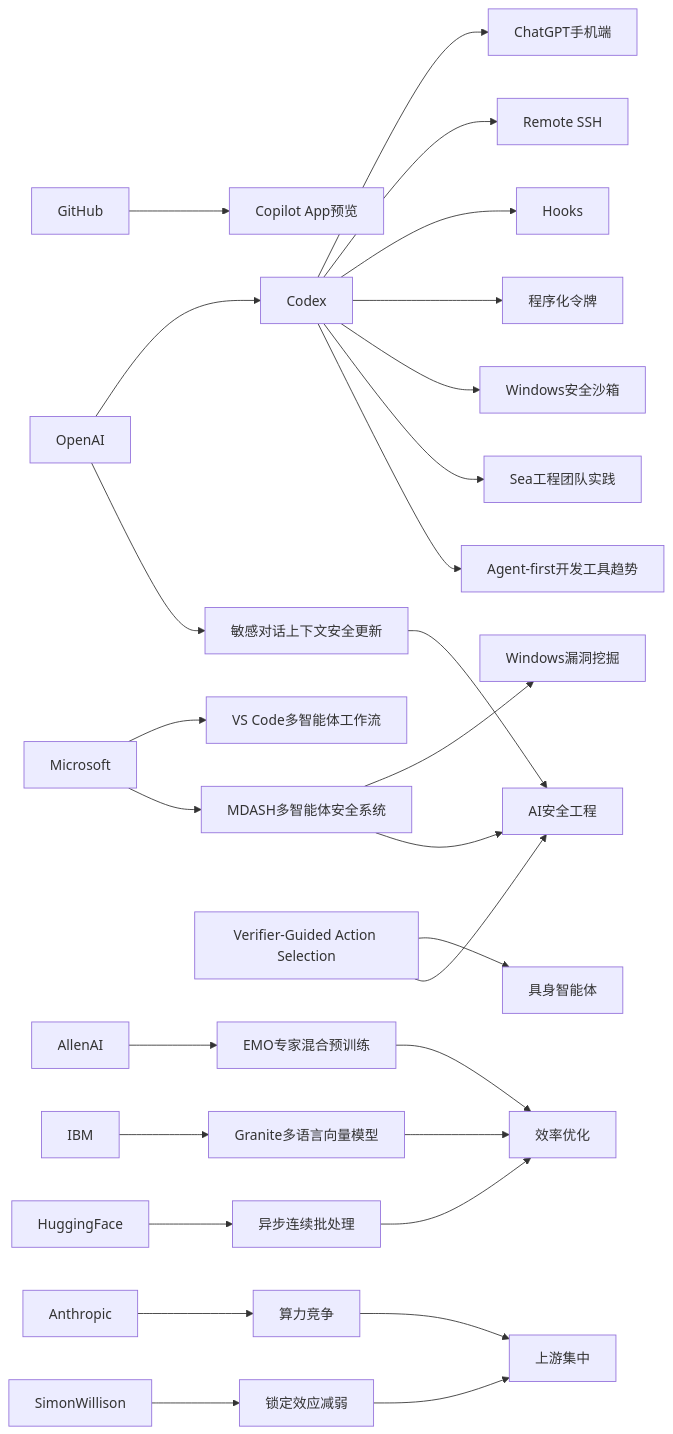
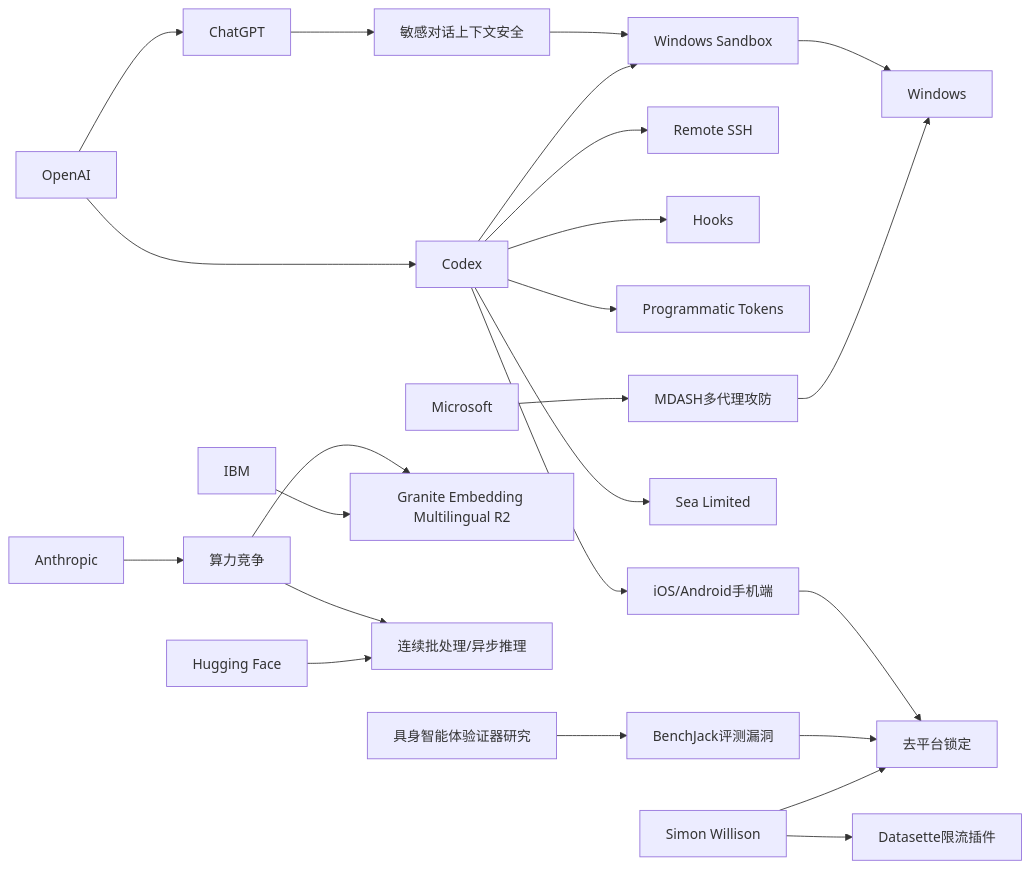
The diagram in content/cn/2026/2026-05/2026-05-15.md (zhuxinfei/ai-daily-site), drawn with Mermaid before and after one commit. The commit also changed other lines of this file, not shown here.

````diff
--- a/content/cn/2026/2026-05/2026-05-15.md
+++ b/content/cn/2026/2026-05/2026-05-15.md
@@ -110,34 +118,56 @@
 ```mermaid
 graph LR
+    OpenAI[OpenAI]
+    Codex[Codex]
+    ChatGPT[ChatGPT]
+    Mobile[iOS/Android手机端]
+    SSH[Remote SSH]
+    Hooks[Hooks]
+    Tokens[Programmatic Tokens]
+    Sandbox[Windows Sandbox]
+    Safety[敏感对话上下文安全]
+    Sea[Sea Limited]
+    Microsoft[Microsoft]
+    MDASH[MDASH多代理攻防]
+    Windows[Windows]
+    Anthropic[Anthropic]
+    Compute[算力竞争]
+    IBM[IBM]
+    Granite[Granite Embedding Multilingual R2]
+    HF[Hugging Face]
+    Async[连续批处理/异步推理]
+    Simon[Simon Willison]
+    Lockin[去平台锁定]
+    Datasette[Datasette限流插件]
+    BenchJack[BenchJack评测漏洞]
+    Embodied[具身智能体验证器研究]
+
     OpenAI --> Codex
-    Codex --> ChatGPT_Mobile[ChatGPT手机端]
-    Codex --> Remote_SSH[Remote SSH]
-    Codex --> Hooks[Hooks]
-    Codex --> Programmatic_Tokens[程序化令牌]
-    Codex --> Windows_Sandbox[Windows安全沙箱]
-    Codex --> Sea[Sea工程团队实践]
+    OpenAI --> ChatGPT
+    Codex --> Mobile
+    Codex --> SSH
+    Codex --> Hooks
+    Codex --> Tokens
+    Codex --> Sandbox
+    ChatGPT --> Safety
+    Codex --> Sea
 
-    GitHub --> Copilot_App[Copilot App预览]
-    Microsoft --> VSCode[VS Code多智能体工作流]
-    Microsoft --> MDASH[MDASH多智能体安全系统]
-    MDASH --> Windows[Windows漏洞挖掘]
+    Microsoft --> MDASH
+    MDASH --> Windows
+    Sandbox --> Windows
 
-    OpenAI --> Safety_Update[敏感对话上下文安全更新]
-    Research_Verifier[Verifier-Guided Action Selection] --> Embodied_Agents[具身智能体]
-    AllenAI --> EMO[EMO专家混合预训练]
-    IBM --> Granite[Granite多语言向量模型]
-    HuggingFace --> Async_Batching[异步连续批处理]
+    Anthropic --> Compute
+    HF --> Async
+    IBM --> Granite
 
-    Anthropic --> Compute[算力竞争]
-    SimonWillison --> Lockin[锁定效应减弱]
+    Simon --> Lockin
+    Simon --> Datasette
+    BenchJack --> Lockin
 
-    Codex --> Agent_First[Agent-first开发工具趋势]
-    EMO --> Efficiency[效率优化]
-    Granite --> Efficiency
-    Async_Batching --> Efficiency
-    Safety_Update --> AI_Safety[AI安全工程]
-    MDASH --> AI_Safety
-    Research_Verifier --> AI_Safety
-    Compute --> Industry_Structure[上游集中]
-    Lockin --> Industry_Structure
+    Embodied --> BenchJack
+
+    Compute --> Async
+    Compute --> Granite
+    Safety --> Sandbox
+    Mobile --> Lockin
 ```
````
